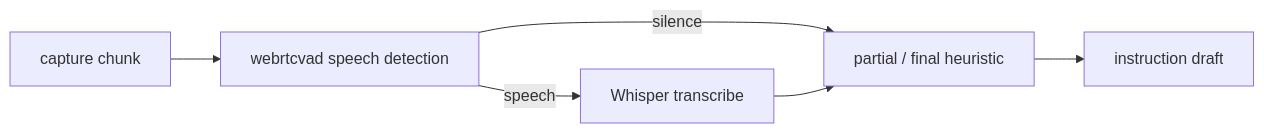
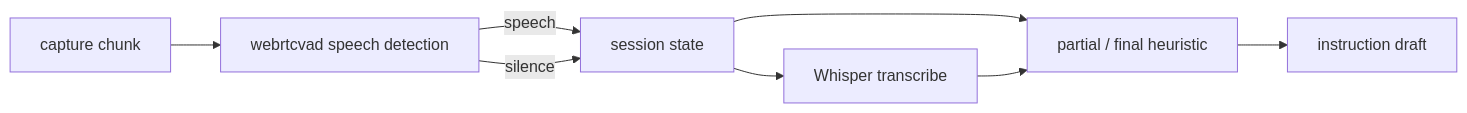
One commit to hiro-collab/ai_talk_core changed the second of 3 diagrams in README.md. Above: the diagram before and after it, drawn with Mermaid. The commit also changed other lines of this file, not shown here.

Commit message:
Refocus README on agent handoff flow

````diff
--- a/README.md
+++ b/README.md
@@ -49,14 +489,17 @@
 ```mermaid
 flowchart LR
     CAPTURE["capture chunk"]
     VAD["webrtcvad speech detection"]
+    SESSION["session state"]
     TRANSCRIBE["Whisper transcribe"]
     RESULT["partial / final heuristic"]
     COMMAND["instruction draft"]
 
     CAPTURE --> VAD
-    VAD -->|speech| TRANSCRIBE
-    VAD -->|silence| RESULT
+    VAD -->|speech| SESSION
+    VAD -->|silence| SESSION
+    SESSION --> TRANSCRIBE
+    SESSION --> RESULT
     TRANSCRIBE --> RESULT
     RESULT --> COMMAND
 ```
````
